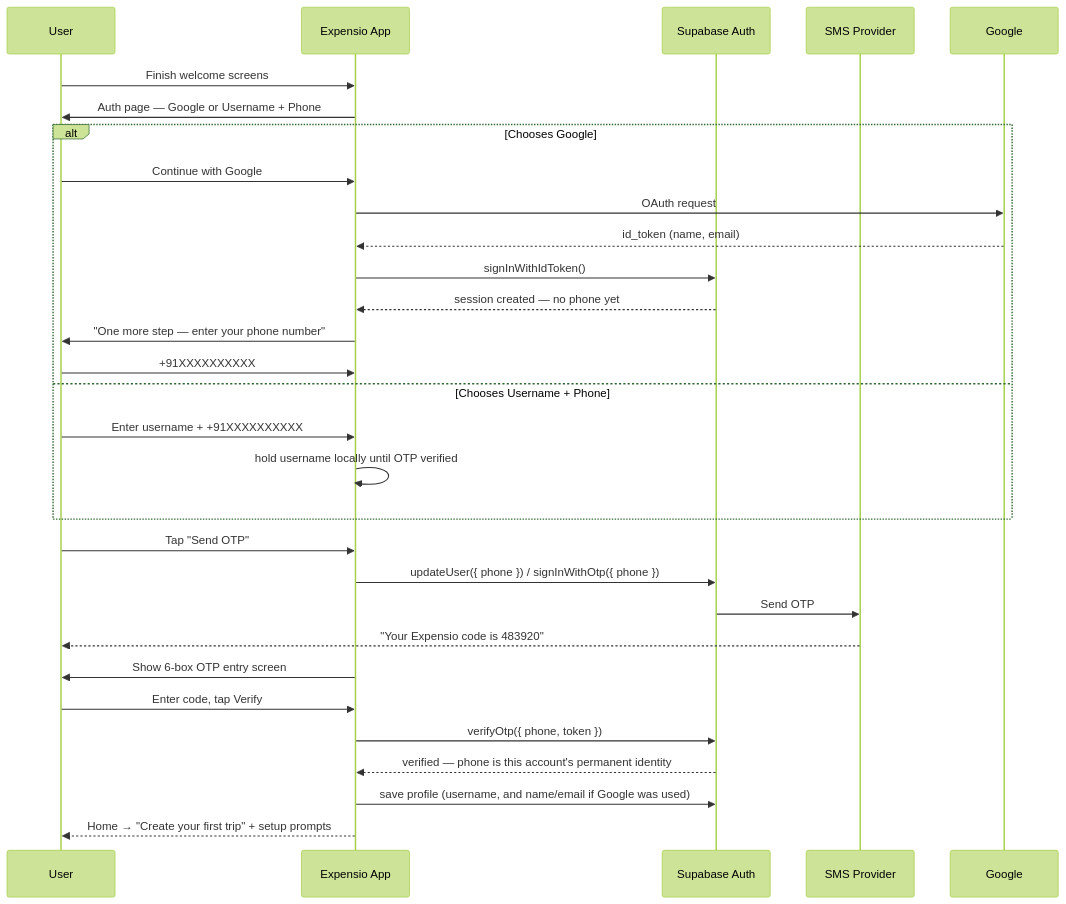
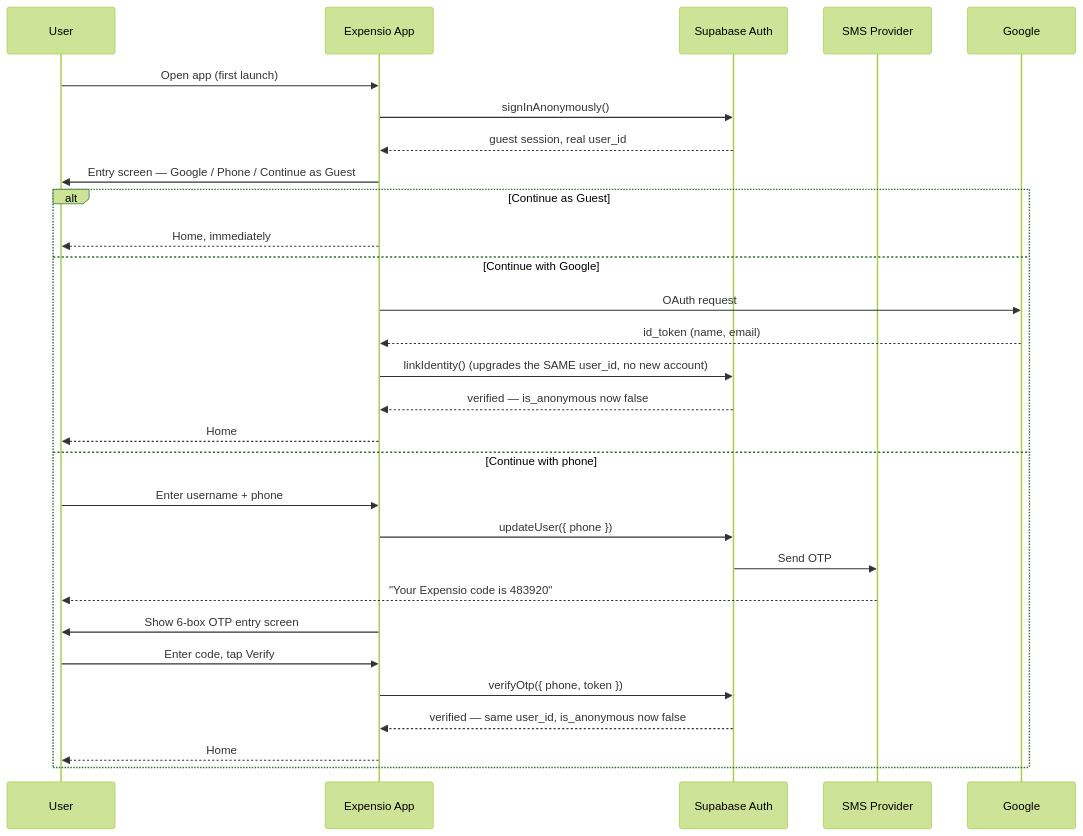
One commit to Amartya-007/Expensio changed the first of 2 diagrams in docs/architecture/expensio-onboarding-auth.md. Above: the diagram before and after it, drawn with Mermaid (forest theme). The commit also changed other lines of this file and 5 other files, not shown here.

````diff
--- a/docs/architecture/expensio-onboarding-auth.md
+++ b/docs/architecture/expensio-onboarding-auth.md
@@ -33,33 +35,32 @@
 ```mermaid
 sequenceDiagram
     participant U as User
     participant App as Expensio App
     participant Auth as Supabase Auth
     participant SMS as SMS Provider
     participant Google as Google
 
-    U->>App: Finish welcome screens
-    App->>U: Auth page — Google or Username + Phone
-    alt Chooses Google
-        U->>App: Continue with Google
+    U->>App: Open app (first launch)
+    App->>Auth: signInAnonymously()
+    Auth-->>App: guest session, real user_id
+    App->>U: Entry screen — Google / Phone / Continue as Guest
+    alt Continue as Guest
+        App-->>U: Home, immediately
+    else Continue with Google
         App->>Google: OAuth request
         Google-->>App: id_token (name, email)
-        App->>Auth: signInWithIdToken()
-        Auth-->>App: session created — no phone yet
-        App->>U: "One more step — enter your phone number"
-        U->>App: +91XXXXXXXXXX
-    else Chooses Username + Phone
-        U->>App: Enter username + +91XXXXXXXXXX
-        App->>App: hold username locally until OTP verified
+        App->>Auth: linkIdentity() (upgrades the SAME user_id, no new account)
+        Auth-->>App: verified — is_anonymous now false
+        App-->>U: Home
+    else Continue with phone
+        U->>App: Enter username + phone
+        App->>Auth: updateUser({ phone })
+        Auth->>SMS: Send OTP
+        SMS-->>U: "Your Expensio code is 483920"
+        App->>U: Show 6-box OTP entry screen
+        U->>App: Enter code, tap Verify
+        App->>Auth: verifyOtp({ phone, token })
+        Auth-->>App: verified — same user_id, is_anonymous now false
+        App-->>U: Home
     end
-    U->>App: Tap "Send OTP"
-    App->>Auth: updateUser({ phone }) / signInWithOtp({ phone })
-    Auth->>SMS: Send OTP
-    SMS-->>U: "Your Expensio code is 483920"
-    App->>U: Show 6-box OTP entry screen
-    U->>App: Enter code, tap Verify
-    App->>Auth: verifyOtp({ phone, token })
-    Auth-->>App: verified — phone is this account's permanent identity
-    App->>Auth: save profile (username, and name/email if Google was used)
-    App-->>U: Home → "Create your first trip" + setup prompts
 ```
````
